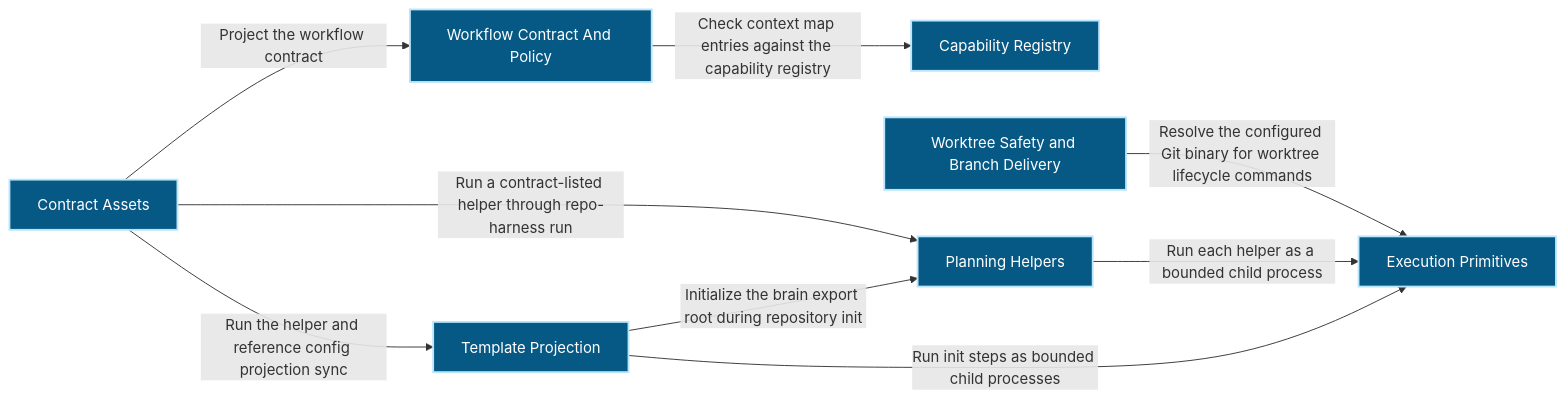
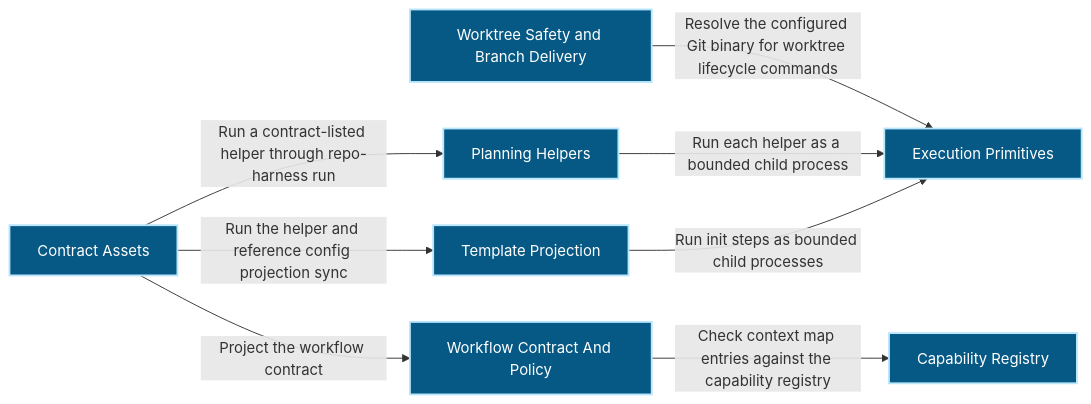
Before and after one commit to Ancienttwo/repo-harness: the first of 3 diagrams in docs/architecture/modules/workflow-engine/contract-assets.md, drawn with Mermaid. The commit also changed other lines of this file and 27 other files, not shown here.

First line of the commit message:
chore(projection): refresh generated architecture outputs for main@bbf18043e43e

````diff
--- a/docs/architecture/modules/workflow-engine/contract-assets.md
+++ b/docs/architecture/modules/workflow-engine/contract-assets.md
@@ -15,22 +15,21 @@
 ```mermaid
 flowchart LR
   p1_capability_workflow_engine_contract_assets_c7ab122d["Contract Assets"]:::component
   p1_capability_workflow_engine_execution_primitives_b3033934["Execution Primitives"]:::component
   p1_component_contract_assets_capability_registry_87c3dd18["Capability Registry"]:::component
   p1_component_contract_assets_contract_worktree_lifecycle_5cb413df["Worktree Safety and Branch Delivery"]:::component
   p1_component_contract_assets_planning_helpers_7600c3e5["Planning Helpers"]:::component
   p1_component_contract_assets_primary_21097608["Workflow Contract And Policy"]:::component
   p1_component_contract_assets_template_projection_e6aa176d["Template Projection"]:::component
   p1_component_contract_assets_contract_worktree_lifecycle_5cb413df -->|"Resolve the configured Git binary for worktree lifecycle commands"| p1_capability_workflow_engine_execution_primitives_b3033934
   p1_capability_workflow_engine_contract_assets_c7ab122d -->|"Run a contract-listed helper through repo-harness run"| p1_component_contract_assets_planning_helpers_7600c3e5
   p1_component_contract_assets_planning_helpers_7600c3e5 -->|"Run each helper as a bounded child process"| p1_capability_workflow_engine_execution_primitives_b3033934
   p1_capability_workflow_engine_contract_assets_c7ab122d -->|"Project the workflow contract"| p1_component_contract_assets_primary_21097608
   p1_component_contract_assets_primary_21097608 -->|"Check context map entries against the capability registry"| p1_component_contract_assets_capability_registry_87c3dd18
   p1_capability_workflow_engine_contract_assets_c7ab122d -->|"Run the helper and reference config projection sync"| p1_component_contract_assets_template_projection_e6aa176d
   p1_component_contract_assets_template_projection_e6aa176d -->|"Run init steps as bounded child processes"| p1_capability_workflow_engine_execution_primitives_b3033934
-  p1_component_contract_assets_template_projection_e6aa176d -->|"Initialize the brain export root during repository init"| p1_component_contract_assets_planning_helpers_7600c3e5
   classDef actor fill:#111827,color:#ffffff,stroke:#f9fafb,stroke-width:2px
   classDef component fill:#075985,color:#ffffff,stroke:#bae6fd,stroke-width:2px
   classDef datastore fill:#3f6212,color:#ffffff,stroke:#d9f99d,stroke-width:2px
   classDef external fill:#7c2d12,color:#ffffff,stroke:#fed7aa,stroke-width:2px
 ```
````
